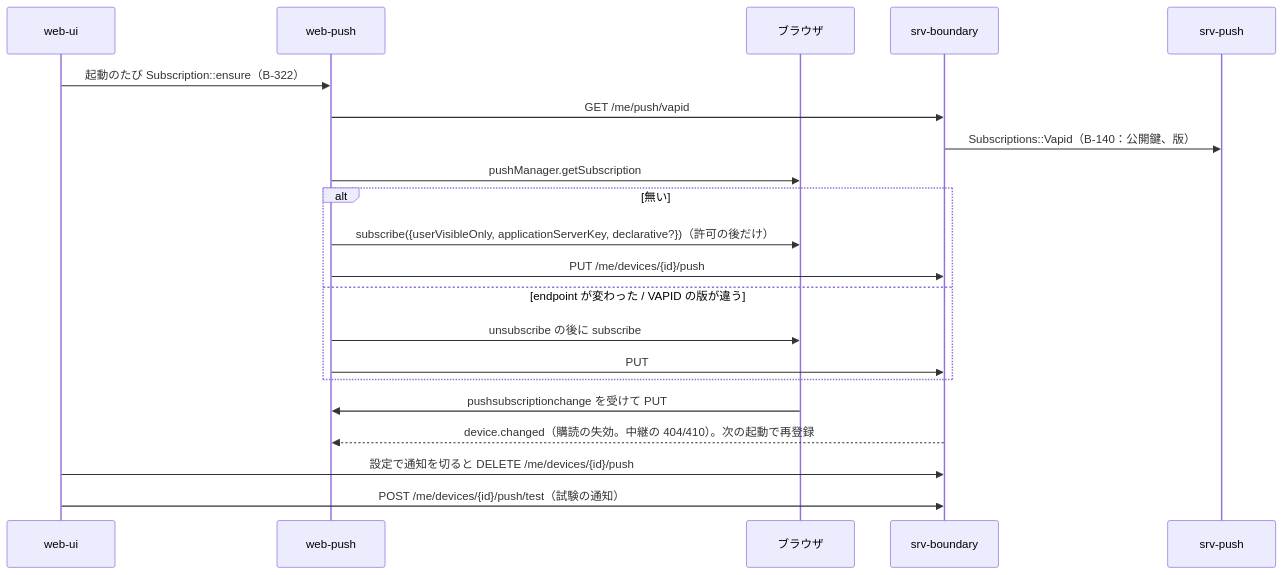
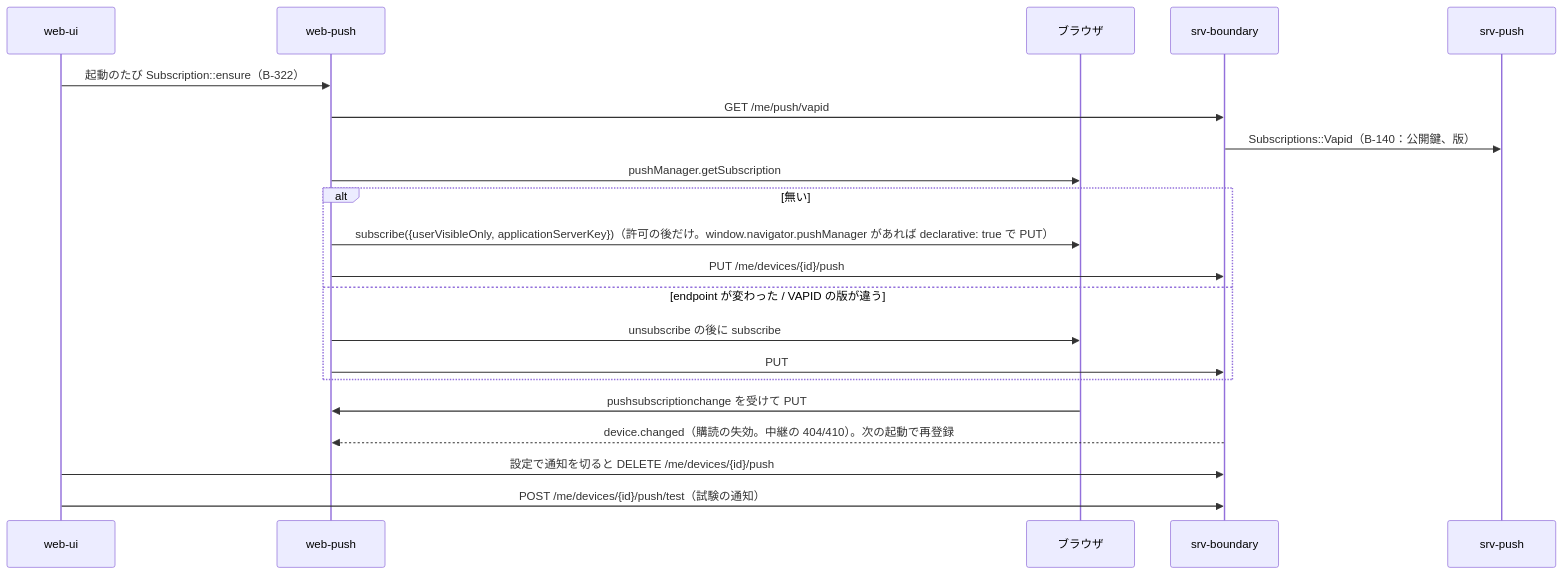
One commit to nrsd-ishikawasou/family-talk-pwa changed the fifth of 5 diagrams in dev/docs/jp/シーケンス/08_通知.md. Above: the diagram before and after it, drawn with Mermaid. The commit also changed other lines of this file and 165 other files, not shown here.

````diff
--- a/dev/docs/jp/シーケンス/08_通知.md
+++ b/dev/docs/jp/シーケンス/08_通知.md
@@ -175,23 +176,23 @@
 ```mermaid
 sequenceDiagram
   participant UI as web-ui
   participant WP as web-push
   participant OS as ブラウザ
   participant BD as srv-boundary
   participant PS as srv-push
   UI->>WP: 起動のたび Subscription::ensure（B-322）
   WP->>BD: GET /me/push/vapid
   BD->>PS: Subscriptions::Vapid（B-140：公開鍵、版）
   WP->>OS: pushManager.getSubscription
   alt 無い
-    WP->>OS: subscribe({userVisibleOnly, applicationServerKey, declarative?})（許可の後だけ）
+    WP->>OS: subscribe({userVisibleOnly, applicationServerKey})（許可の後だけ。window.navigator.pushManager があれば declarative: true で PUT）
     WP->>BD: PUT /me/devices/{id}/push
   else endpoint が変わった / VAPID の版が違う
     WP->>OS: unsubscribe の後に subscribe
     WP->>BD: PUT
   end
   OS->>WP: pushsubscriptionchange を受けて PUT
   BD-->>WP: device.changed（購読の失効。中継の 404/410）。次の起動で再登録
   UI->>BD: 設定で通知を切ると DELETE /me/devices/{id}/push
   UI->>BD: POST /me/devices/{id}/push/test（試験の通知）
 ```
````
